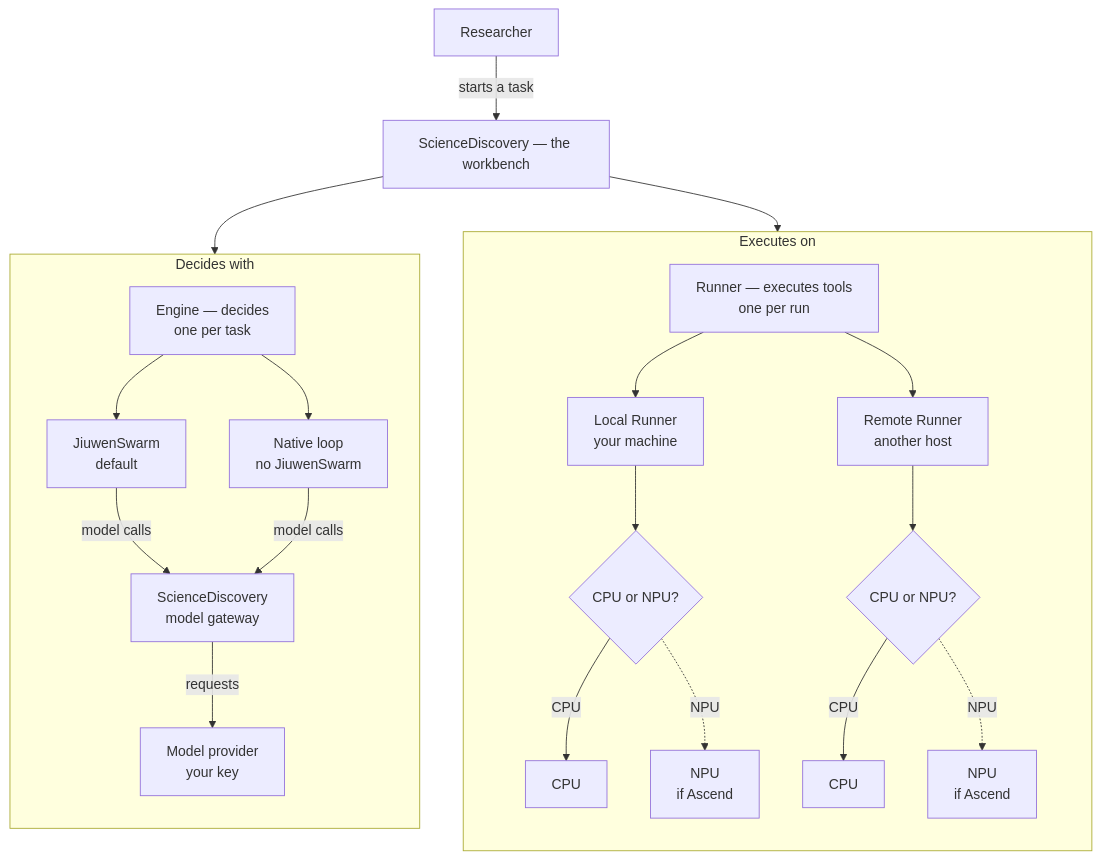
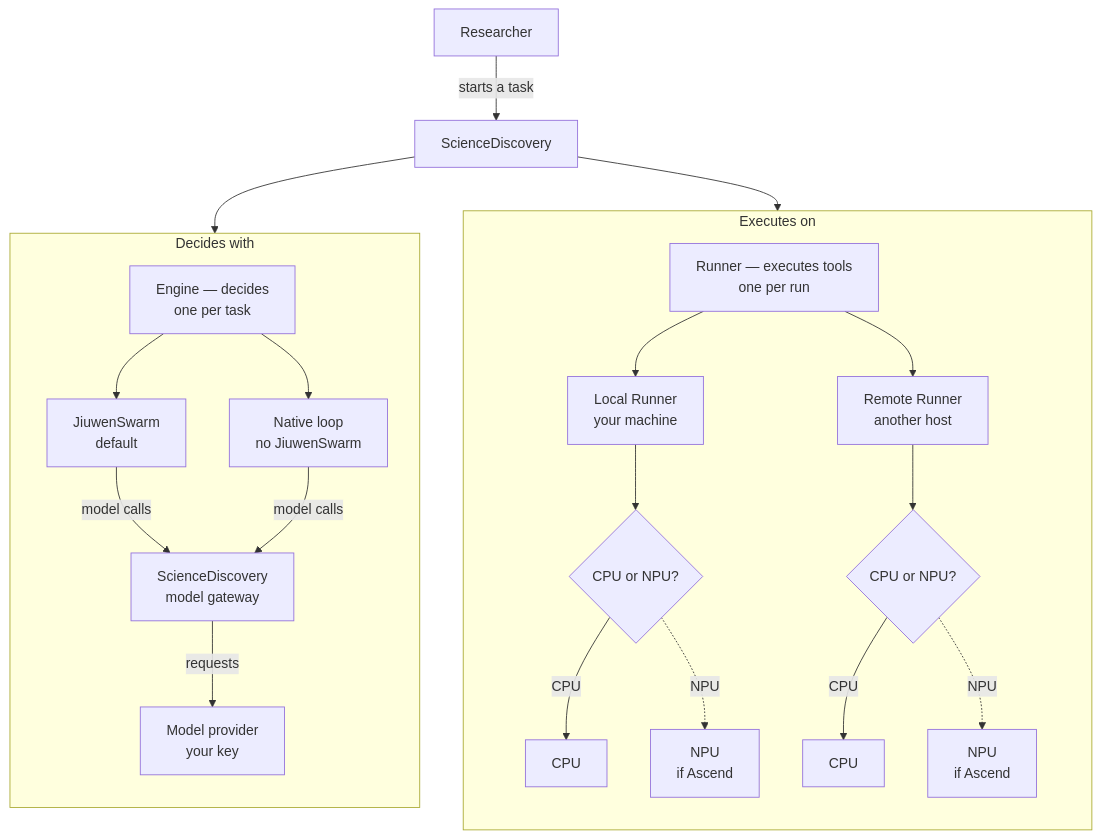
Before and after one commit to michaelatamuk/agentic-desk: the second of 6 diagrams in company/sciencediscovery/overview.md, drawn with Mermaid. The commit also changed other lines of this file, not shown here.

Commit message:
docs(company): refine the ScienceDiscovery at-a-glance view

````diff
--- a/company/sciencediscovery/overview.md
+++ b/company/sciencediscovery/overview.md
@@ -91,46 +89,46 @@
 ```mermaid
 flowchart TD
   R["Researcher"]
-  SD["ScienceDiscovery — the workbench"]
+  SD["ScienceDiscovery"]
 
   subgraph DEC["Decides with"]
     direction TB
     ENG["Engine — decides<br/>one per task"]
     JS["JiuwenSwarm<br/>default"]
     NL["Native loop<br/>no JiuwenSwarm"]
     GW["ScienceDiscovery<br/>model gateway"]
     MP["Model provider<br/>your key"]
 
     ENG --> JS
     ENG --> NL
     JS -->|"model calls"| GW
     NL -->|"model calls"| GW
     GW -->|"requests"| MP
   end
 
   subgraph EXE["Executes on"]
     direction TB
     RUN["Runner — executes tools<br/>one per run"]
     LR["Local Runner<br/>your machine"]
     RR["Remote Runner<br/>another host"]
     LD{"CPU or NPU?"}
     RD{"CPU or NPU?"}
     LCPU["CPU"]
     LNPU["NPU<br/>if Ascend"]
     RCPU["CPU"]
     RNPU["NPU<br/>if Ascend"]
 
     RUN --> LR
     RUN --> RR
     LR --> LD
     LD -->|"CPU"| LCPU
     LD -.->|"NPU"| LNPU
     RR --> RD
     RD -->|"CPU"| RCPU
     RD -.->|"NPU"| RNPU
   end
 
   R -->|"starts a task"| SD
   SD --> DEC
   SD --> EXE
 ```
````
